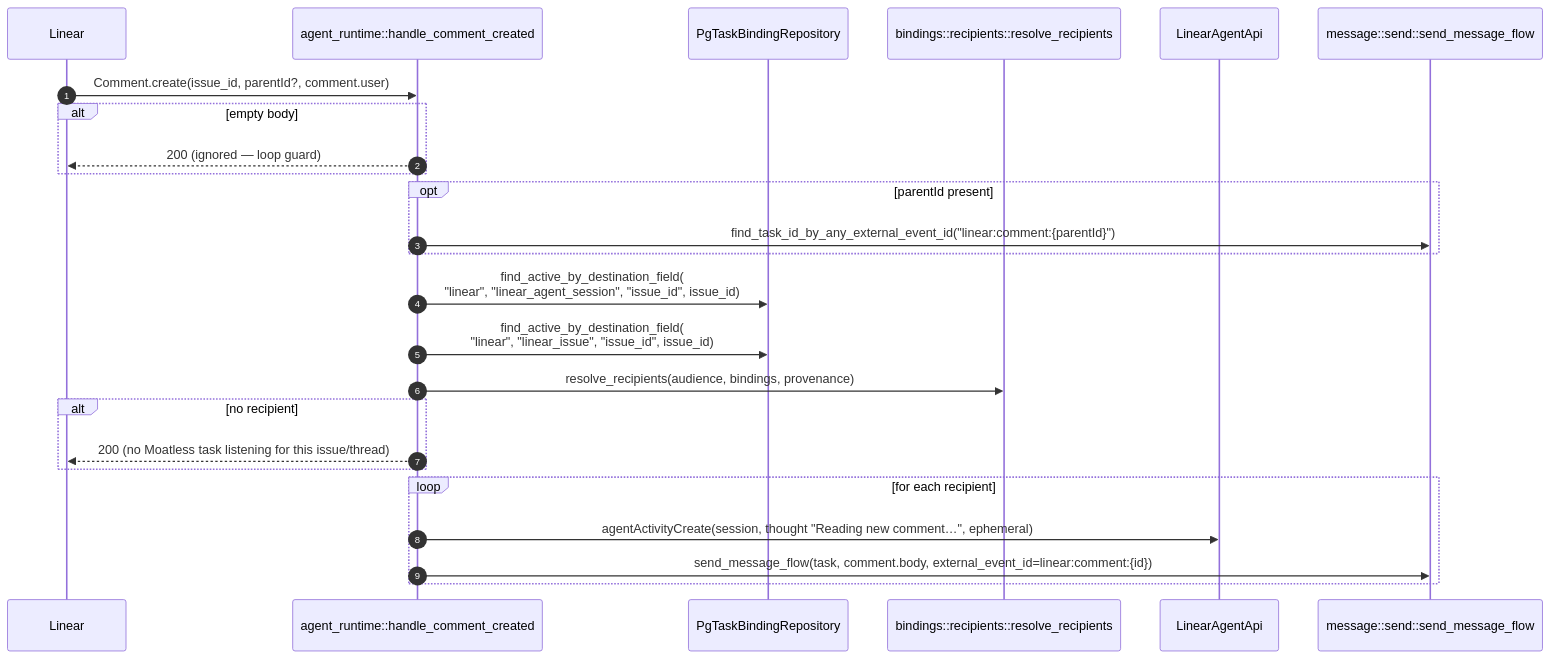
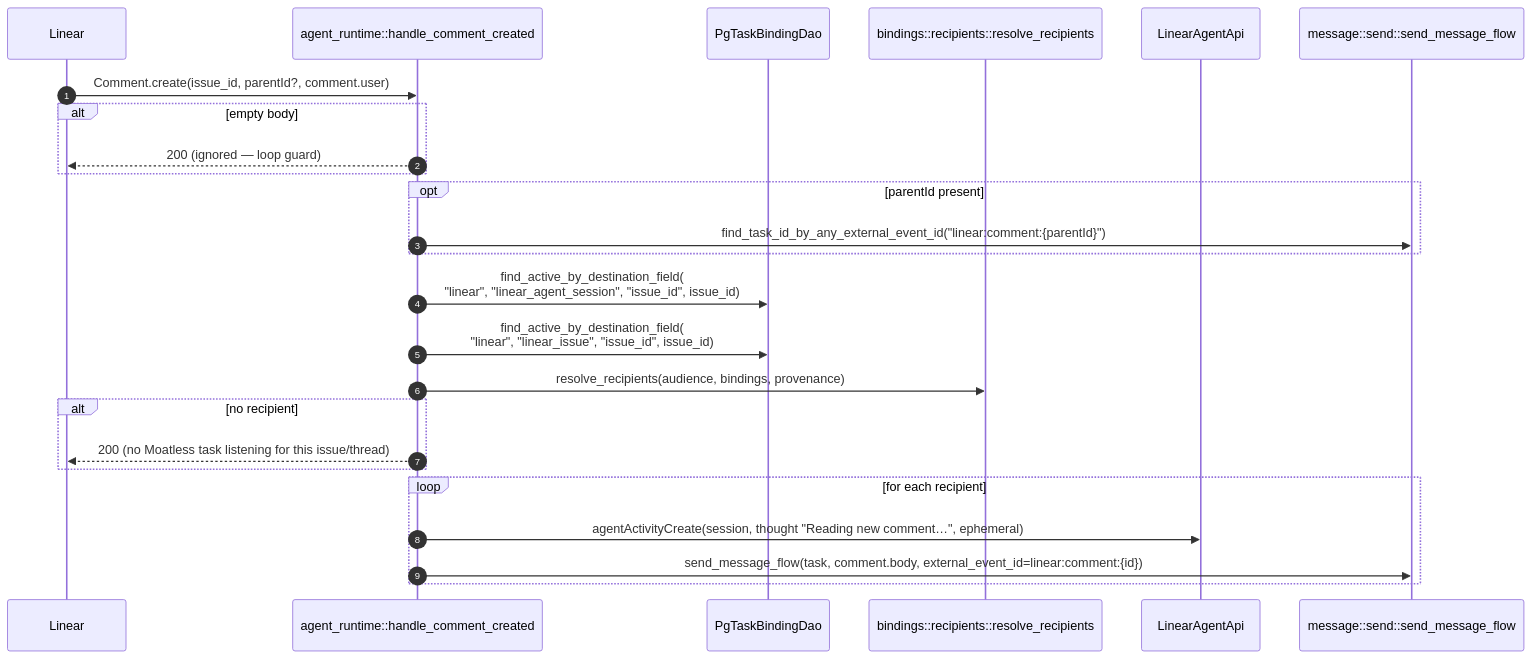
One commit to aorwall/moatless changed the fourth of 9 diagrams in docs/linear-adapter.md. Above: the diagram before and after it, drawn with Mermaid. The commit also changed other lines of this file and 122 other files, not shown here.

````diff
--- a/docs/linear-adapter.md
+++ b/docs/linear-adapter.md
@@ -232,28 +232,28 @@
 ```mermaid
 sequenceDiagram
     autonumber
     participant Linear
     participant Runtime as agent_runtime::handle_comment_created
-    participant BindingRepo as PgTaskBindingRepository
+    participant BindingRepo as PgTaskBindingDao
     participant Resolver as bindings::recipients::resolve_recipients
     participant API as LinearAgentApi
     participant MsgFlow as message::send::send_message_flow
 
     Linear->>Runtime: Comment.create(issue_id, parentId?, comment.user)
     alt empty body
         Runtime-->>Linear: 200 (ignored — loop guard)
     end
     opt parentId present
         Runtime->>MsgFlow: find_task_id_by_any_external_event_id("linear:comment:{parentId}")
     end
     Runtime->>BindingRepo: find_active_by_destination_field(<br/>"linear", "linear_agent_session", "issue_id", issue_id)
     Runtime->>BindingRepo: find_active_by_destination_field(<br/>"linear", "linear_issue", "issue_id", issue_id)
     Runtime->>Resolver: resolve_recipients(audience, bindings, provenance)
     alt no recipient
         Runtime-->>Linear: 200 (no Moatless task listening for this issue/thread)
     end
     loop for each recipient
         Runtime->>API: agentActivityCreate(session, thought "Reading new comment…", ephemeral)
         Runtime->>MsgFlow: send_message_flow(task, comment.body, external_event_id=linear:comment:{id})
     end
 ```
````
